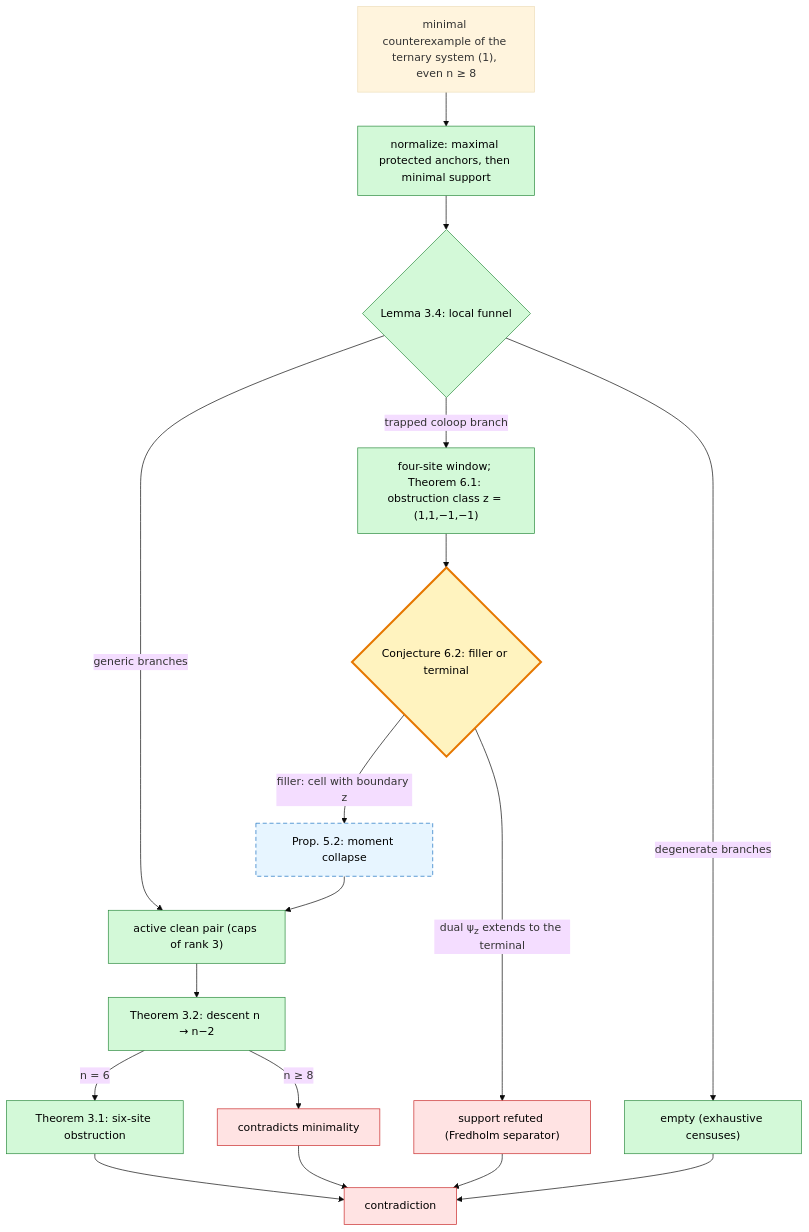
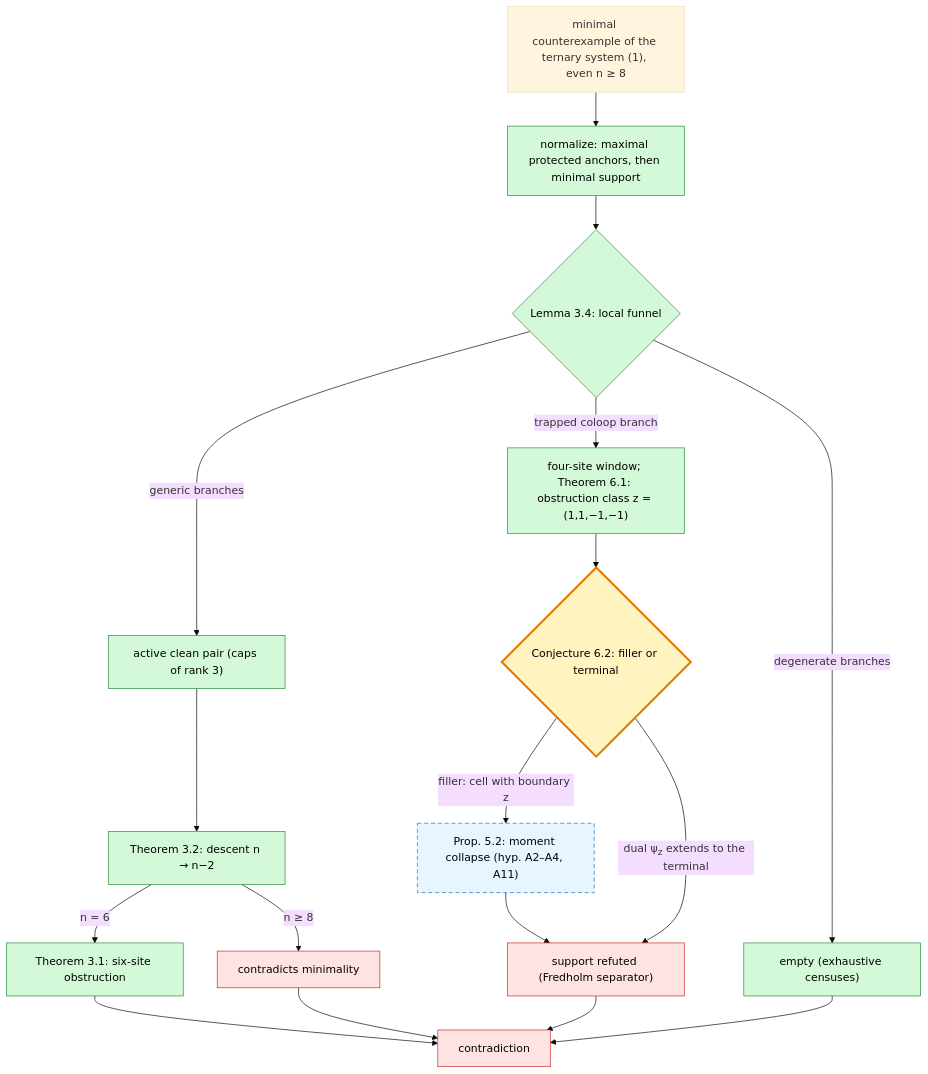
The fourth of 4 diagrams in PROOF-SKETCH.md (rrajasek95/krenn-conjecture), drawn with Mermaid (base theme) before and after one commit. The commit also changed other lines of this file and 1 other file, not shown here.

First line of the commit message:
Correct Proposition 5.2's hypotheses and the filler-branch routing per audit

````diff
--- a/PROOF-SKETCH.md
+++ b/PROOF-SKETCH.md
@@ -580,29 +599,29 @@
 ```mermaid
 flowchart TD
     CE["minimal counterexample of the ternary system (1), even n &ge; 8"]
     CE --> NORM["normalize: maximal protected anchors, then minimal support"]
     NORM --> FUNNEL{"Lemma 3.4: local funnel"}
     FUNNEL -- "degenerate branches" --> DEAD["empty (exhaustive censuses)"]
     FUNNEL -- "generic branches" --> CP["active clean pair (caps of rank 3)"]
     FUNNEL -- "trapped coloop branch" --> WIN["four-site window; Theorem 6.1: obstruction class z = (1,1,&minus;1,&minus;1)"]
     WIN --> ALT{"Conjecture 6.2: filler or terminal"}
-    ALT -- "filler: cell with boundary z" --> MOM["Prop. 5.2: moment collapse"]
-    MOM --> CP
+    ALT -- "filler: cell with boundary z" --> MOM["Prop. 5.2: moment collapse (hyp. A2–A4, A11)"]
+    MOM --> REF
     ALT -- "dual &psi;<sub>z</sub> extends to the terminal" --> REF["support refuted (Fredholm separator)"]
     CP --> DESC["Theorem 3.2: descent n &rarr; n&minus;2"]
     DESC -- "n &ge; 8" --> MIN["contradicts minimality"]
     DESC -- "n = 6" --> BASE["Theorem 3.1: six-site obstruction"]
     BASE --> CON["contradiction"]
     MIN --> CON
     REF --> CON
     DEAD --> CON
 
     classDef proved fill:#d3f9d8,stroke:#2b8a3e,color:#000
     classDef open fill:#fff3bf,stroke:#e67700,stroke-width:3px,color:#000
     classDef gen fill:#e7f5ff,stroke:#1971c2,stroke-dasharray:6 4,color:#000
     classDef bad fill:#ffe3e3,stroke:#c92a2a,color:#000
     class NORM,FUNNEL,CP,WIN,DESC,BASE,DEAD proved
     class ALT open
     class MOM gen
     class REF,MIN,CON bad
 ```
````
